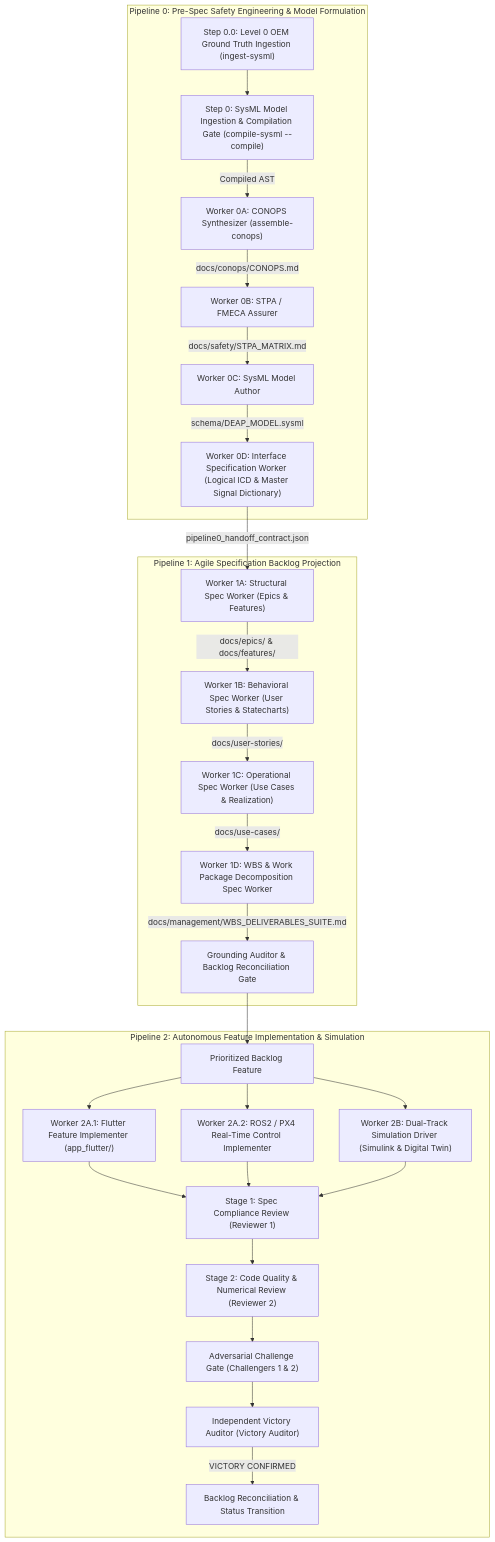
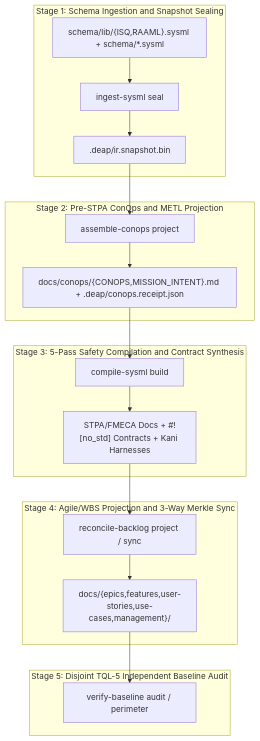
Before and after one commit to gintatkinson/DEAP-avionic-flight-safety: the diagram in README.md, drawn with Mermaid. The commit also changed other lines of this file and 660 other files, not shown here.

Commit message:
chore(deap03): distribute stage-10 qualified B_5 toolchain and downstream profiles

````diff
--- a/README.md
+++ b/README.md
@@ -87,30 +108,26 @@
 ```mermaid
 flowchart TD
-    subgraph P0["Pipeline 0: Pre-Spec Safety Engineering & Model Formulation"]
-        Step00["Step 0.0: Level 0 OEM Ground Truth Ingestion (ingest-sysml)"] --> Step0["Step 0: SysML Model Ingestion & Compilation Gate (compile-sysml --compile)"]
-        Step0 -->|"Compiled AST"| W0A["Worker 0A: CONOPS Synthesizer (assemble-conops)"]
-        W0A -->|"docs/conops/CONOPS.md"| W0B["Worker 0B: STPA / FMECA Assurer"]
-        W0B -->|"docs/safety/STPA_MATRIX.md"| W0C["Worker 0C: SysML Model Author"]
-        W0C -->|"schema/DEAP_MODEL.sysml"| W0D["Worker 0D: Interface Specification Worker (Logical ICD & Master Signal Dictionary)"]
+    subgraph Stage1["Stage 1: Schema Ingestion and Snapshot Sealing"]
+        SchemaDir["schema/lib/{ISQ,RAAML}.sysml + schema/*.sysml"] --> Ingest["ingest-sysml seal"]
+        Ingest --> Snapshot[".deap/ir.snapshot.bin"]
     end
 
-    subgraph P1["Pipeline 1: Agile Specification Backlog Projection"]
-        W0D -->|"pipeline0_handoff_contract.json"| W1A["Worker 1A: Structural Spec Worker (Epics & Features)"]
-        W1A -->|"docs/epics/ & docs/features/"| W1B["Worker 1B: Behavioral Spec Worker (User Stories & Statecharts)"]
-        W1B -->|"docs/user-stories/"| W1C["Worker 1C: Operational Spec Worker (Use Cases & Realization)"]
-        W1C -->|"docs/use-cases/"| W1D["Worker 1D: WBS & Work Package Decomposition Spec Worker"]
-        W1D -->|"docs/management/WBS_DELIVERABLES_SUITE.md"| Reconcile["Grounding Auditor & Backlog Reconciliation Gate"]
+    subgraph Stage2["Stage 2: Pre-STPA ConOps and METL Projection"]
+        Snapshot --> Conops["assemble-conops project"]
+        Conops --> ConopsDocs["docs/conops/{CONOPS,MISSION_INTENT}.md + .deap/conops.receipt.json"]
     end
 
-    subgraph P2["Pipeline 2: Autonomous Feature Implementation & Simulation"]
-        Reconcile --> Backlog["Prioritized Backlog Feature"]
-        Backlog --> W2A1["Worker 2A.1: Flutter Feature Implementer (app_flutter/)"]
-        Backlog --> W2A2["Worker 2A.2: ROS2 / PX4 Real-Time Control Implementer"]
-        Backlog --> W2B["Worker 2B: Dual-Track Simulation Driver (Simulink & Digital Twin)"]
-        W2A1 & W2A2 & W2B --> Rev1["Stage 1: Spec Compliance Review (Reviewer 1)"]
-        Rev1 --> Rev2["Stage 2: Code Quality & Numerical Review (Reviewer 2)"]
-        Rev2 --> Chall["Adversarial Challenge Gate (Challengers 1 & 2)"]
-        Chall --> Victory["Independent Victory Auditor (Victory Auditor)"]
-        Victory -->|"VICTORY CONFIRMED"| Release["Backlog Reconciliation & Status Transition"]
+    subgraph Stage3["Stage 3: 5-Pass Safety Compilation and Contract Synthesis"]
+        ConopsDocs --> Compile["compile-sysml build"]
+        Compile --> SafetyOut["STPA/FMECA Docs + #![no_std] Contracts + Kani Harnesses"]
+    end
+
+    subgraph Stage4["Stage 4: Agile/WBS Projection and 3-Way Merkle Sync"]
+        SafetyOut --> Reconcile["reconcile-backlog project / sync"]
+        Reconcile --> BacklogOut["docs/{epics,features,user-stories,use-cases,management}/"]
+    end
+
+    subgraph Stage5["Stage 5: Disjoint TQL-5 Independent Baseline Audit"]
+        BacklogOut --> Audit["verify-baseline audit / perimeter"]
     end
 ```
````
